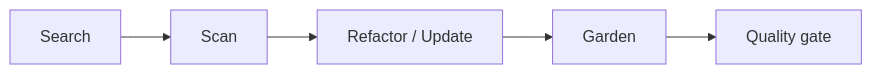
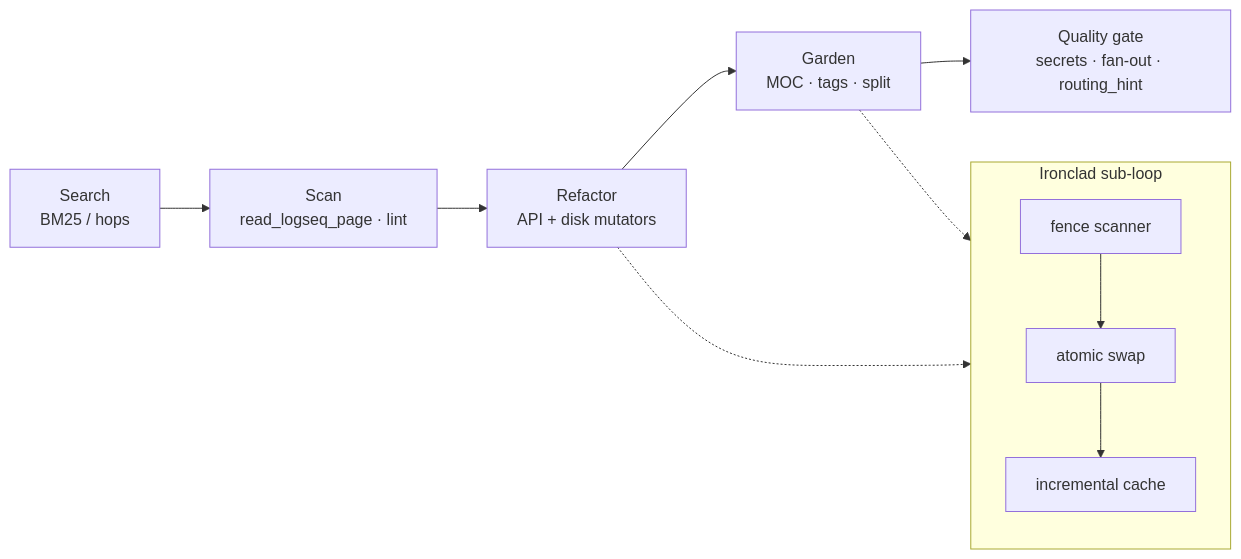
Before and after one commit to blackwolf225/matryca-plumber: the third of 3 diagrams in README.md, drawn with Mermaid. The commit also changed other lines of this file and 2 other files, not shown here.

````diff
--- a/README.md
+++ b/README.md
@@ -118,7 +102,13 @@
 ```mermaid
 flowchart LR
-  S[Search] --> C[Scan]
-  C --> U[Refactor / Update]
-  U --> G[Garden]
-  G --> Q[Quality gate]
+  S[Search\nBM25 / hops] --> C[Scan\nread_logseq_page · lint]
+  C --> U[Refactor\nAPI + disk mutators]
+  U --> G[Garden\nMOC · tags · split]
+  G --> Q[Quality gate\nsecrets · fan-out · routing_hint]
+  subgraph iron["Ironclad sub-loop"]
+    F[fence scanner] --> A2[atomic swap]
+    A2 --> I[incremental cache]
+  end
+  U -.-> iron
+  G -.-> iron
 ```
````
